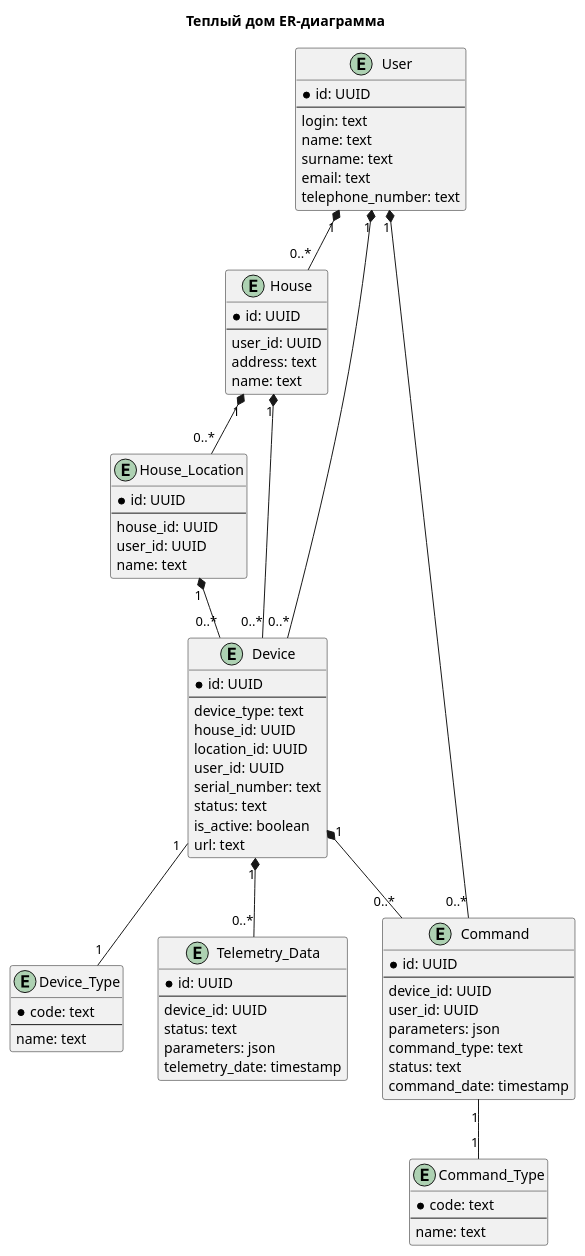
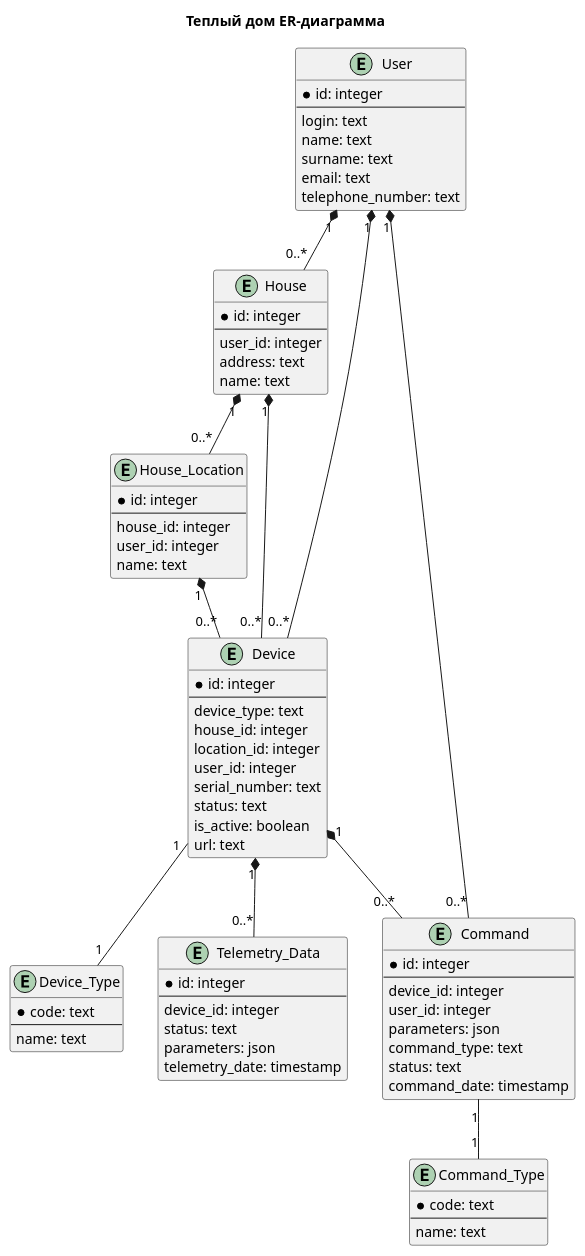
Before and after one commit to DemArk939/architecture-pro-warmhouse: the diagram in schemas/er/er.puml, drawn with PlantUML. The commit also changed 49 other files, not shown here.

```diff
--- a/schemas/er/er.puml
+++ b/schemas/er/er.puml
@@ -1,89 +1,89 @@
 @startuml
 title Теплый дом ER-диаграмма
 
 top to bottom direction
 
 entity User {
-    *id: UUID
+    *id: integer
     ---
     login: text
     name: text
     surname: text
     email: text
     telephone_number: text
 }
 
 entity House {
-    *id: UUID
+    *id: integer
     ---
-    user_id: UUID
+    user_id: integer
     address: text
     name: text
 }
 
 entity House_Location {
-    *id: UUID
+    *id: integer
     ---
-    house_id: UUID
-    user_id: UUID
+    house_id: integer
+    user_id: integer
     name: text
 }
 
 entity Device {
-    *id: UUID
+    *id: integer
     ---
     device_type: text
-    house_id: UUID
-    location_id: UUID
-    user_id: UUID
+    house_id: integer
+    location_id: integer
+    user_id: integer
     serial_number: text
     status: text
     is_active: boolean
     url: text
 }
 
 entity Device_Type {
     *code: text
     ---
     name: text
 }
 
 entity Command {
-    *id: UUID
+    *id: integer
     ---
-    device_id: UUID
-    user_id: UUID
+    device_id: integer
+    user_id: integer
     parameters: json
     command_type: text
     status: text
     command_date: timestamp
 }
 
 entity Command_Type {
     *code: text
     ---
     name: text
 }
 
 entity Telemetry_Data {
-    *id: UUID
+    *id: integer
     ---
-    device_id: UUID
+    device_id: integer
     status: text
     parameters: json
     telemetry_date: timestamp
 }
 
 
 User "1" *-- "0..*" House
 House "1" *-- "0..*" House_Location
 House_Location "1" *-- "0..*" Device
 House "1" *-- "0..*" Device
 User "1" *-- "0..*" Device
 User "1" *-- "0..*" Command
 Device "1" -- "1" Device_Type
 Device "1" *-- "0..*" Command
 Device "1" *-- "0..*" Telemetry_Data
 Command "1" -- "1" Command_Type
 
 @enduml
```
